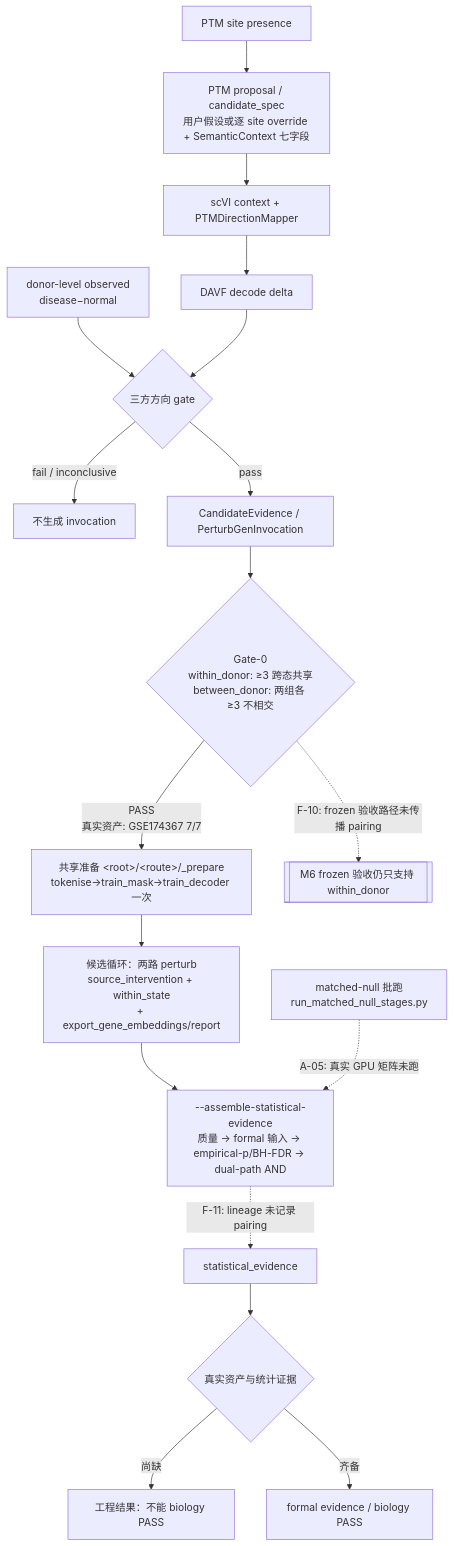
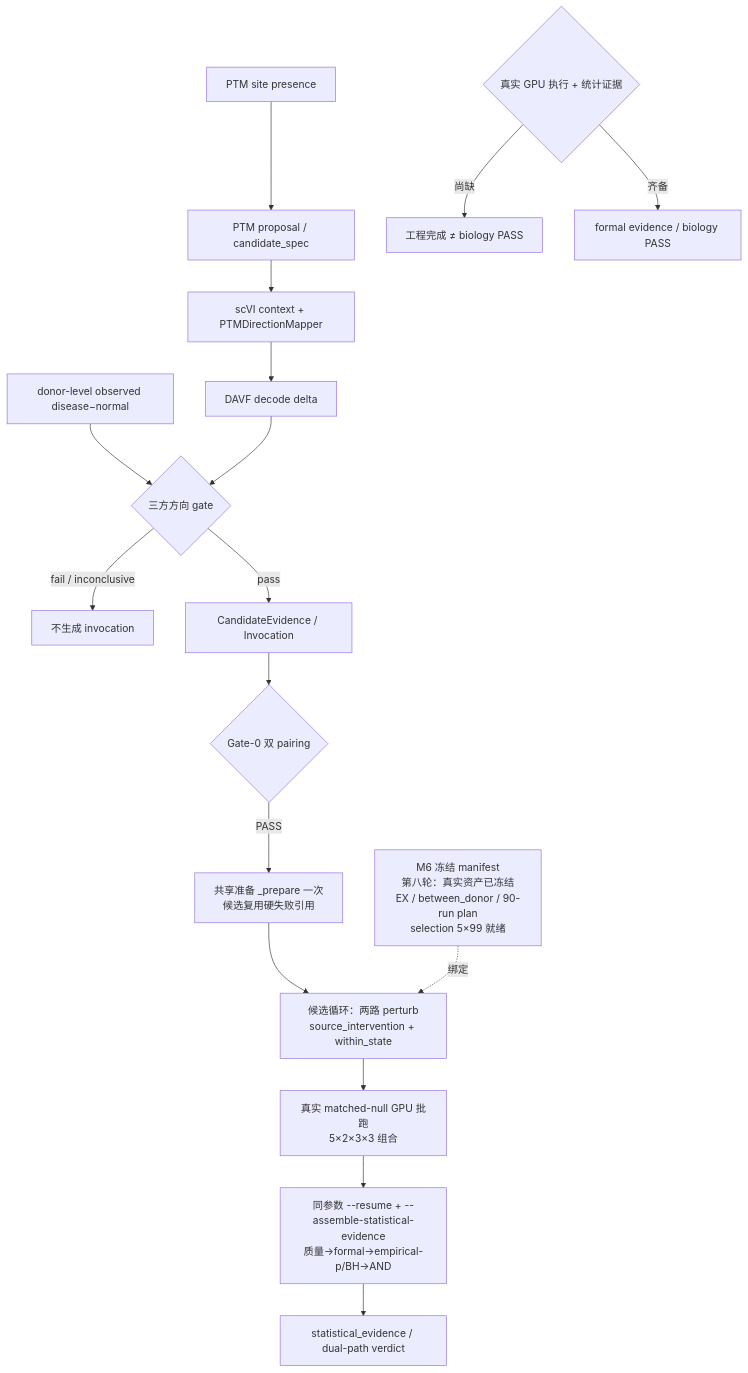
Before and after one commit to valleyhe/PTM2CellNet: the diagram in project_analysis_20260914.md, drawn with Mermaid. The commit also changed other lines of this file and 390 other files, not shown here.

````diff
--- a/project_analysis_20260914.md
+++ b/project_analysis_20260914.md
@@ -129,20 +115,19 @@
 ```mermaid
 flowchart TD
-  A[PTM site presence] --> B[PTM proposal / candidate_spec<br/>用户假设或逐 site override + SemanticContext 七字段]
+  A[PTM site presence] --> B[PTM proposal / candidate_spec]
   B --> C[scVI context + PTMDirectionMapper]
   C --> D[DAVF decode delta]
-  Obs[donor-level observed<br/>disease−normal] --> E{三方方向 gate}
+  Obs[donor-level observed disease−normal] --> E{三方方向 gate}
   D --> E
   E -->|fail / inconclusive| Z[不生成 invocation]
-  E -->|pass| F[CandidateEvidence / PerturbGenInvocation]
-  F --> G0{Gate-0<br/>within_donor: ≥3 跨态共享<br/>between_donor: 两组各 ≥3 不相交}
-  G0 -->|PASS<br/>真实资产: GSE174367 7/7| P[共享准备 &lt;root&gt;/&lt;route&gt;/_prepare<br/>tokenise→train_mask→train_decoder 一次]
-  G0 -. F-10: frozen 验收路径未传播 pairing .-> X1[[M6 frozen 验收仍只支持 within_donor]]
-  P --> Q[候选循环：两路 perturb<br/>source_intervention + within_state<br/>+ export_gene_embeddings/report]
-  Q --> R[--assemble-statistical-evidence<br/>质量 → formal 输入 → empirical-p/BH-FDR → dual-path AND]
-  N[matched-null 批跑<br/>run_matched_null_stages.py] -. A-05: 真实 GPU 矩阵未跑 .-> R
-  R -. F-11: lineage 未记录 pairing .-> S[statistical_evidence]
-  S --> T{真实资产与统计证据}
-  T -->|尚缺| U[工程结果：不能 biology PASS]
+  E -->|pass| F[CandidateEvidence / Invocation]
+  F --> G0{Gate-0 双 pairing}
+  G0 -->|PASS| P[共享准备 _prepare 一次<br/>候选复用硬失败引用]
+  P --> Q[候选循环：两路 perturb<br/>source_intervention + within_state]
+  M6[M6 冻结 manifest<br/>第八轮：真实资产已冻结<br/>EX / between_donor / 90-run plan<br/>selection 5×99 就绪] -.绑定.-> Q
+  Q --> N[真实 matched-null GPU 批跑<br/>5×2×3×3 组合]
+  N --> R[同参数 --resume + --assemble-statistical-evidence<br/>质量→formal→empirical-p/BH→AND]
+  R --> S[statistical_evidence / dual-path verdict]
+  T{真实 GPU 执行 + 统计证据} -->|尚缺| U[工程完成 ≠ biology PASS]
   T -->|齐备| V[formal evidence / biology PASS]
 ```
````
